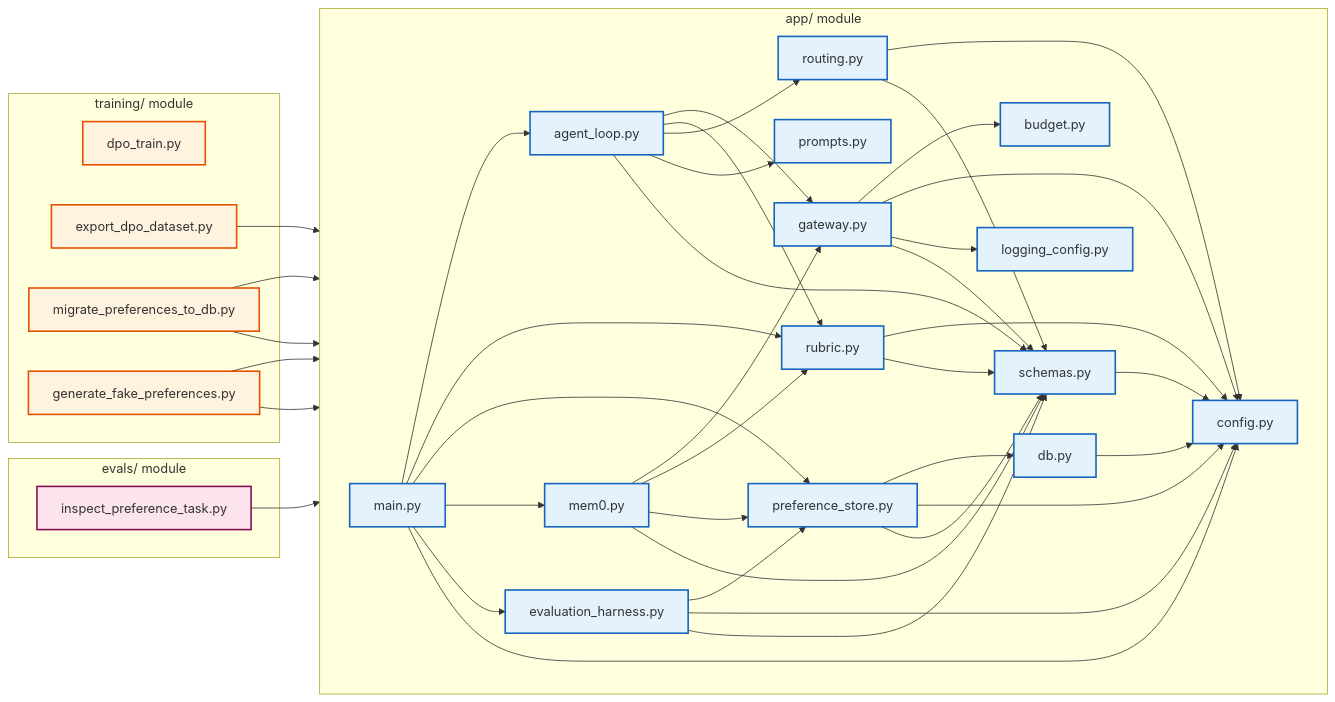
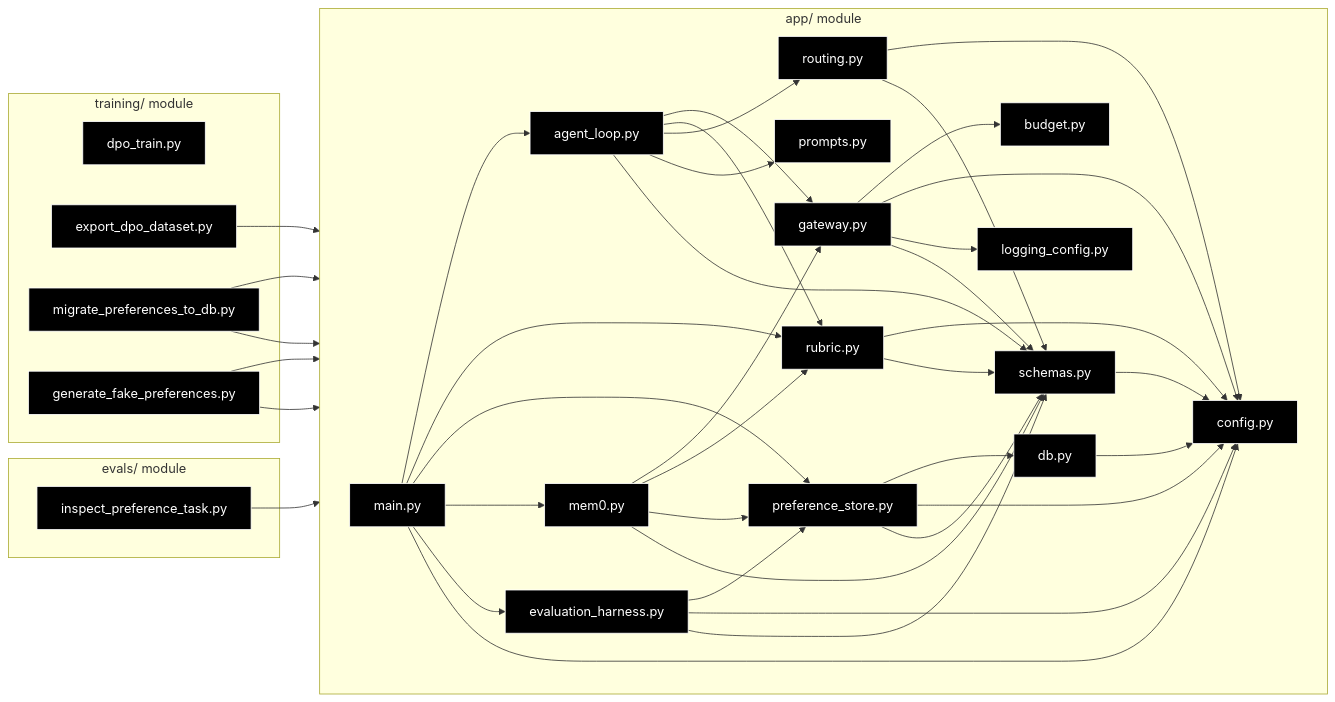
One commit to Hasan26ozcan/Script-Supervisor changed the second of 16 diagrams in docs/TECHNICAL_DIAGRAMS.md. Above: the diagram before and after it, drawn with Mermaid. The commit also changed other lines of this file and 1 other file, not shown here.

Commit message:
update technical diagram

````diff
--- a/docs/TECHNICAL_DIAGRAMS.md
+++ b/docs/TECHNICAL_DIAGRAMS.md
@@ -164,10 +162,5 @@
 
     INSPECT --> SCHEMA
 
-    classDef app_module fill:#e3f2fd,stroke:#1565c0,stroke-width:2px;
-    classDef training_module fill:#fff3e0,stroke:#e65100,stroke-width:2px;
-    classDef eval_module fill:#fce4ec,stroke:#880e4f,stroke-width:2px;
-    class MAIN,LOOP,GW,RUB,MEM,PREF,DB,ROUTE,CFG,SCHEMA,PROMPT,BUDGET,EVAL,LOG app_module;
-    class DPO,EXPORT,FAKE,MIGRATE training_module;
-    class INSPECT eval_module;
+    classDef default fill:#000000,stroke:#ffffff,stroke-width:1px,color:#ffffff
 ```
````
